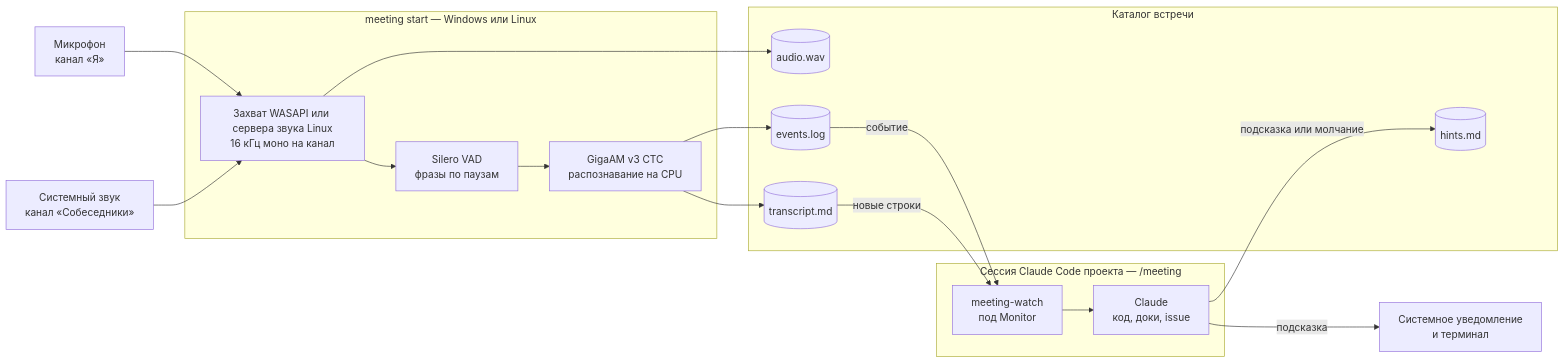
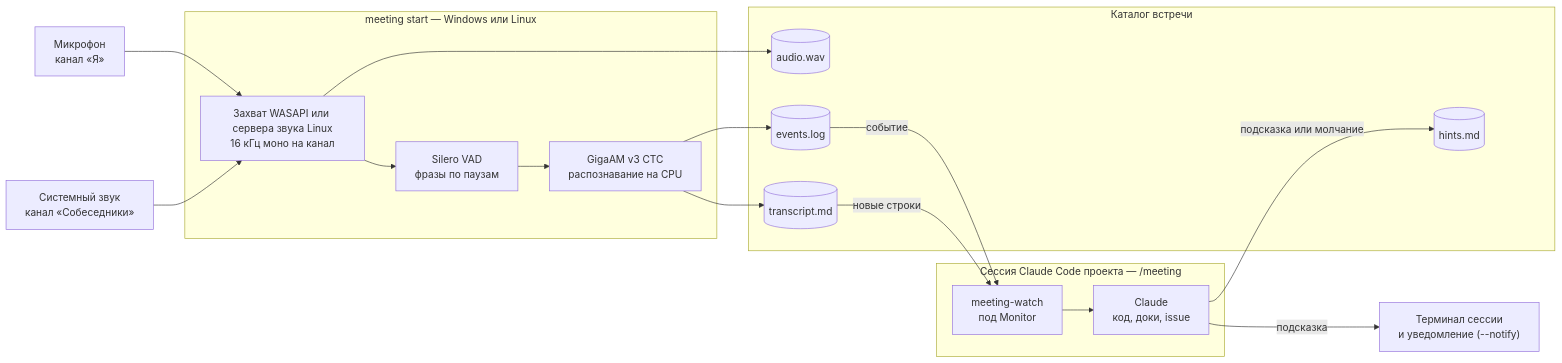
The first of 2 diagrams in docs/architecture.md (juk-777/MeetingAssistant), drawn with Mermaid before and after one commit. The commit also changed other lines of this file and 13 other files, not shown here.

````diff
--- a/docs/architecture.md
+++ b/docs/architecture.md
@@ -9,37 +9,37 @@
 ```mermaid
 flowchart LR
     mic["Микрофон<br/>канал «Я»"]
     loopback["Системный звук<br/>канал «Собеседники»"]
 
     subgraph app["meeting start — Windows или Linux"]
         capture["Захват WASAPI или сервера звука Linux<br/>16 кГц моно на канал"]
         vad["Silero VAD<br/>фразы по паузам"]
         asr["GigaAM v3 CTC<br/>распознавание на CPU"]
     end
 
     subgraph folder["Каталог встречи"]
         wav[("audio.wav")]
         transcript[("transcript.md")]
         events[("events.log")]
         hints[("hints.md")]
     end
 
     subgraph session["Сессия Claude Code проекта — /meeting"]
         watch["meeting-watch<br/>под Monitor"]
         claude["Claude<br/>код, доки, issue"]
     end
 
-    toast["Системное уведомление<br/>и терминал"]
+    toast["Терминал сессии<br/>и уведомление (--notify)"]
 
     mic --> capture
     loopback --> capture
     capture --> wav
     capture --> vad --> asr
     asr --> transcript
     asr --> events
     events -->|"событие"| watch
     transcript -->|"новые строки"| watch
     watch --> claude
     claude -->|"подсказка или молчание"| hints
     claude -->|"подсказка"| toast
 ```
````
